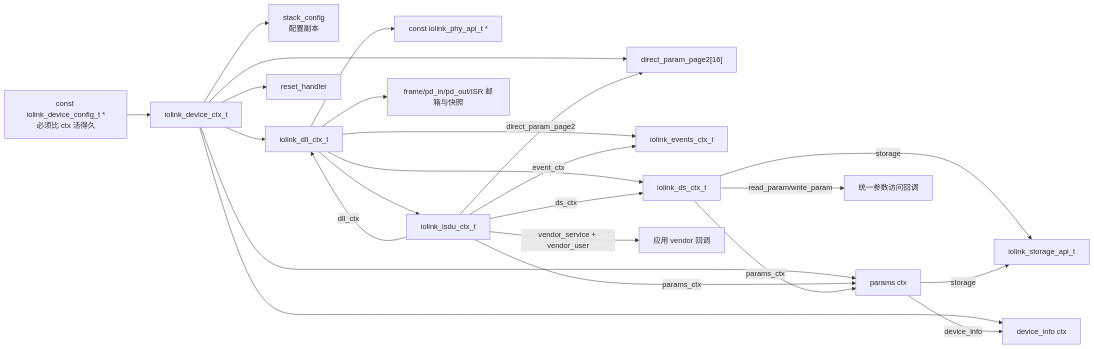
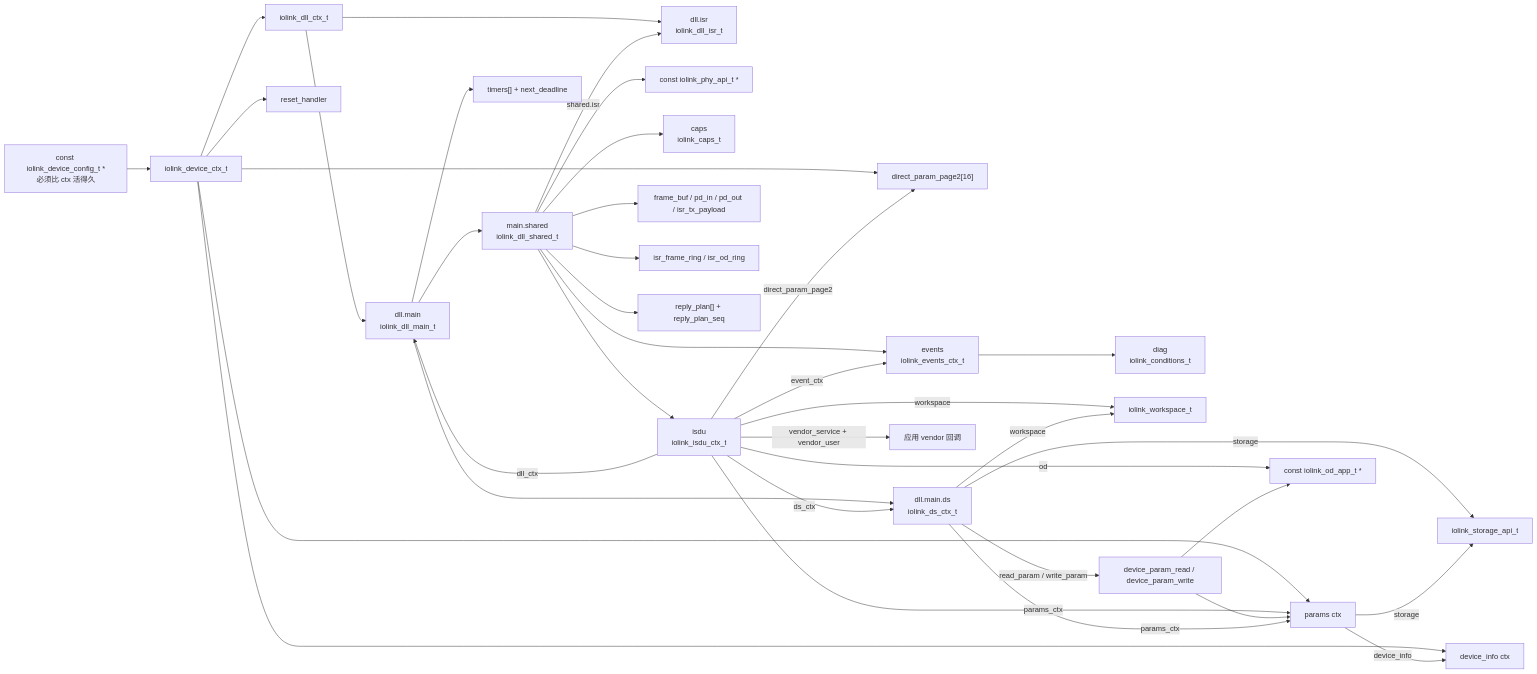
The second of 16 diagrams in docs/CODE_FLOW.md (Adlyq/iolinki), drawn with Mermaid before and after one commit. The commit also changed other lines of this file and 7 other files, not shown here.

First line of the commit message:
docs: sync the API, architecture and flow docs with the post-CR code

````diff
--- a/docs/CODE_FLOW.md
+++ b/docs/CODE_FLOW.md
@@ -130,29 +156,42 @@
 ```mermaid
 flowchart LR
     CFG["const iolink_device_config_t *<br/>必须比 ctx 活得久"] --> DEV["iolink_device_ctx_t"]
-    DEV --> SC["stack_config<br/>配置副本"]
+    DEV --> DLL["iolink_dll_ctx_t"]
     DEV --> DI["device_info ctx"]
     DEV --> PA["params ctx"]
-    DEV --> DLL["iolink_dll_ctx_t"]
     DEV --> RH["reset_handler"]
     DEV --> P2["direct_param_page2[16]"]
 
-    DLL --> PHY["const iolink_phy_api_t *"]
-    DLL --> ISDU["iolink_isdu_ctx_t"]
-    DLL --> EV["iolink_events_ctx_t"]
-    DLL --> DS["iolink_ds_ctx_t"]
-    DLL --> BUF["frame/pd_in/pd_out/ISR 邮箱与快照"]
+    DLL --> MAIN["dll.main<br/>iolink_dll_main_t"]
+    DLL --> ISR["dll.isr<br/>iolink_dll_isr_t"]
+    MAIN --> SH["main.shared<br/>iolink_dll_shared_t"]
+    SH -->|"shared.isr"| ISR
+
+    SH --> PHY["const iolink_phy_api_t *"]
+    SH --> CAP["caps<br/>iolink_caps_t"]
+    SH --> ISDU["isdu<br/>iolink_isdu_ctx_t"]
+    SH --> EV["events<br/>iolink_events_ctx_t"]
+    SH --> BUF["frame_buf / pd_in / pd_out / isr_tx_payload"]
+    SH --> RING["isr_frame_ring / isr_od_ring"]
+    SH --> PLAN["reply_plan[] + reply_plan_seq"]
+    MAIN --> DS["dll.main.ds<br/>iolink_ds_ctx_t"]
+    MAIN --> TMR["timers[] + next_deadline"]
+    EV --> COND["diag<br/>iolink_conditions_t"]
 
     ISDU -->|params_ctx| PA
     ISDU -->|ds_ctx| DS
     ISDU -->|event_ctx| EV
-    ISDU -->|dll_ctx| DLL
+    ISDU -->|dll_ctx| MAIN
+    ISDU -->|od| OD["const iolink_od_app_t *"]
     ISDU -->|direct_param_page2| P2
     ISDU -->|vendor_service + vendor_user| VS["应用 vendor 回调"]
-
+    ISDU -->|workspace| WS["iolink_workspace_t"]
+    DS -->|workspace| WS
+    DS -->|read_param / write_param| DA["device_param_read / device_param_write"]
+    DA --> OD
+    DA --> PA
     DS -->|params_ctx| PA
-    DS -->|read_param/write_param| DA["统一参数访问回调"]
     DS -->|storage| ST["iolink_storage_api_t"]
     PA -->|storage| ST
     PA -->|device_info| DI
 ```
````
